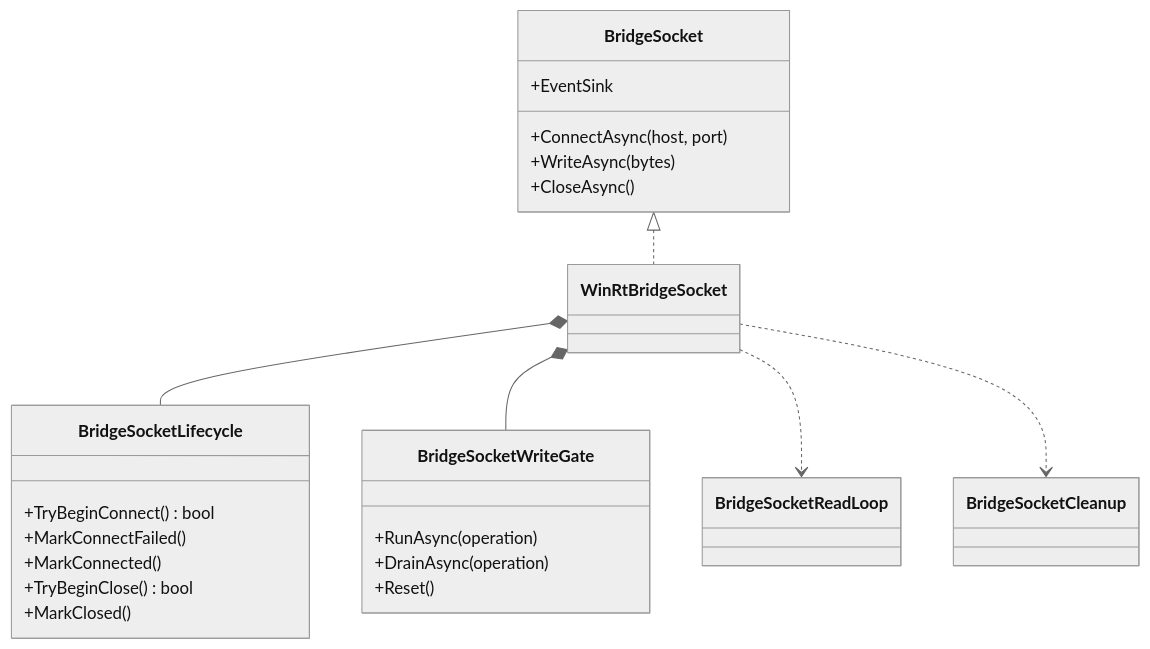
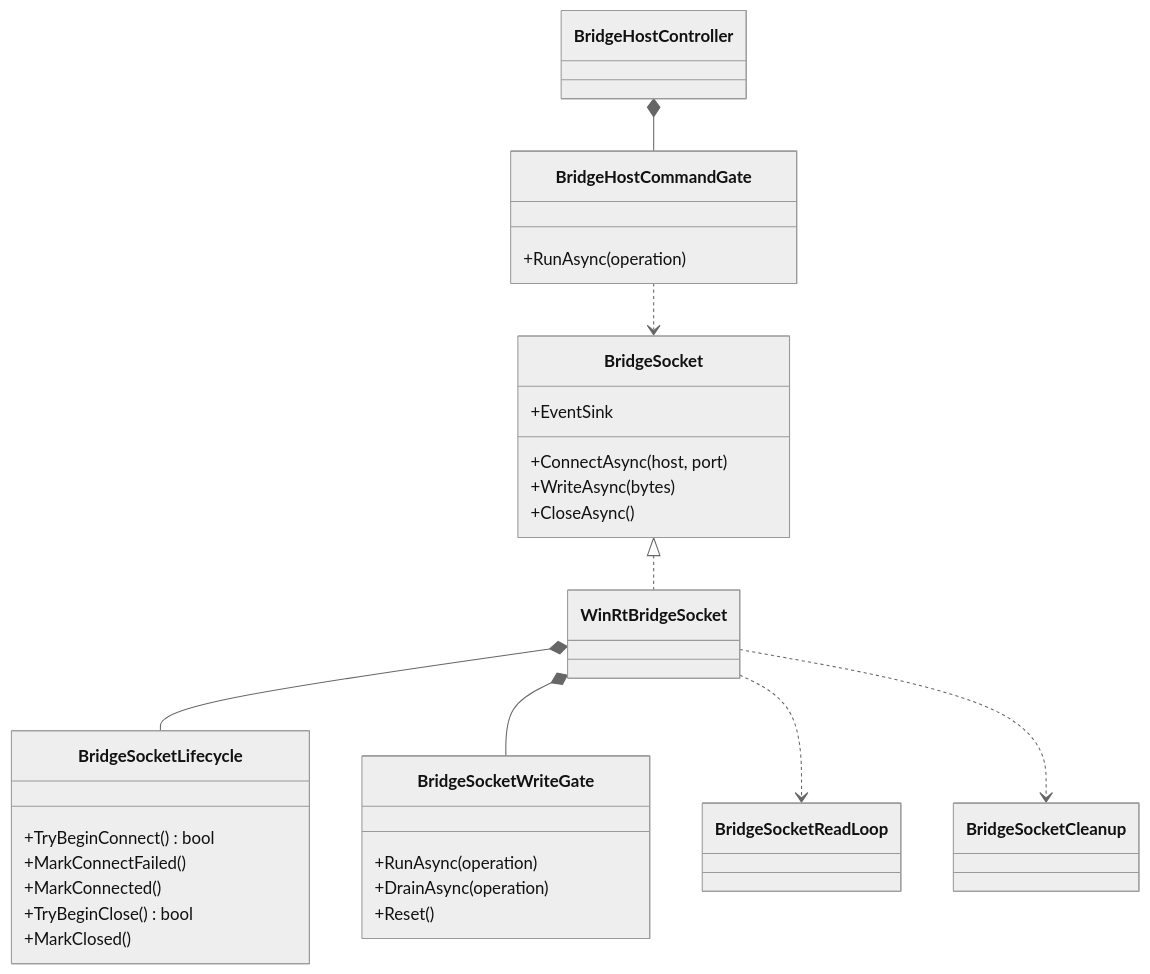
One commit to aloisiocosta-prof/universal-ssh changed the fourth of 4 diagrams in README.md. Above: the diagram before and after it, drawn with Mermaid (neutral theme). The commit also changed other lines of this file and 7 other files, not shown here.

First line of the commit message:
feat(uwp): serialize host bridge commands (#63)

````diff
--- a/README.md
+++ b/README.md
@@ -110,29 +111,35 @@
 ```mermaid
 classDiagram
   class BridgeSocket {
     +EventSink
     +ConnectAsync(host, port)
     +WriteAsync(bytes)
     +CloseAsync()
+  }
+  class BridgeHostController
+  class BridgeHostCommandGate {
+    +RunAsync(operation)
   }
   class WinRtBridgeSocket
   class BridgeSocketLifecycle {
     +TryBeginConnect() bool
     +MarkConnectFailed()
     +MarkConnected()
     +TryBeginClose() bool
     +MarkClosed()
   }
   class BridgeSocketWriteGate {
     +RunAsync(operation)
     +DrainAsync(operation)
     +Reset()
   }
   class BridgeSocketReadLoop
   class BridgeSocketCleanup
+  BridgeHostController *-- BridgeHostCommandGate
+  BridgeHostCommandGate ..> BridgeSocket
   BridgeSocket <|.. WinRtBridgeSocket
   WinRtBridgeSocket *-- BridgeSocketLifecycle
   WinRtBridgeSocket *-- BridgeSocketWriteGate
   WinRtBridgeSocket ..> BridgeSocketReadLoop
   WinRtBridgeSocket ..> BridgeSocketCleanup
 ```
````
